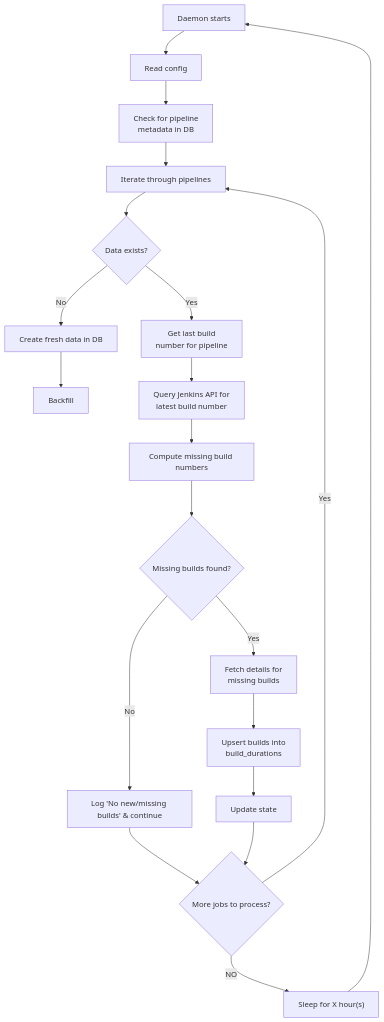
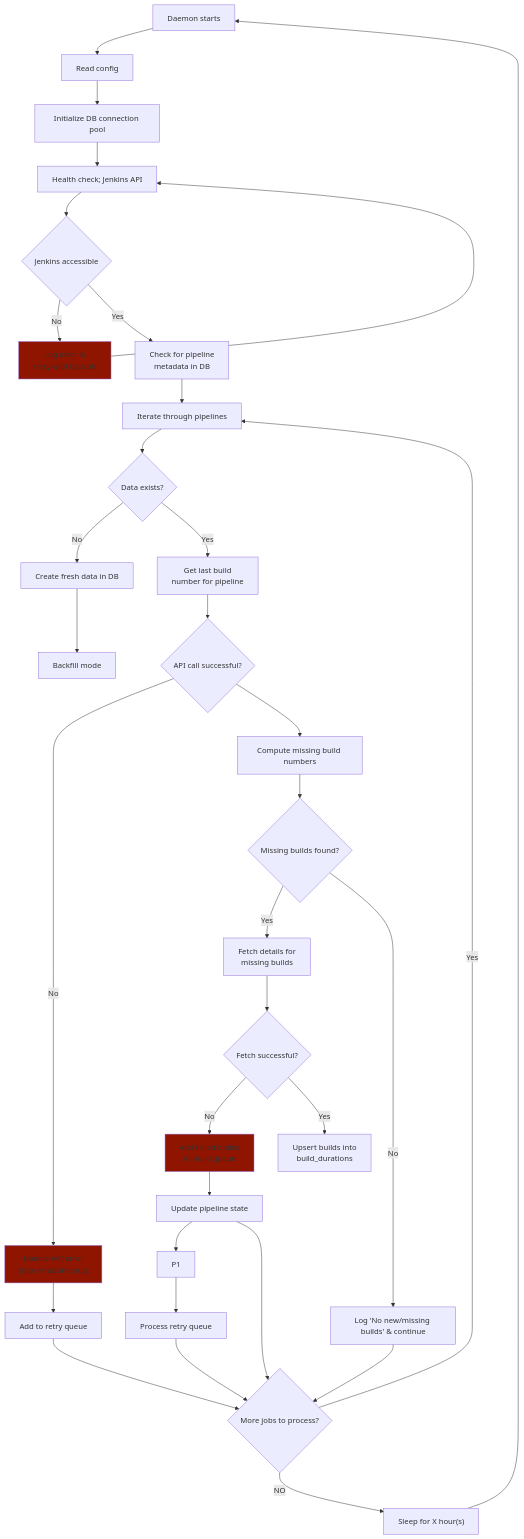
Before and after one commit to neelabalan/playground: the diagram in jenkins_observability/README.md, drawn with Mermaid.

Commit message:
Updated flowchart

````diff
--- a/jenkins_observability/README.md
+++ b/jenkins_observability/README.md
@@ -39,26 +39,44 @@
 ```mermaid
 flowchart TD
     %% ── 1. Daemon start  ─────────────────────
     A[Daemon starts] --> B["Read config"]
-    B --> C["Check for pipeline <br> metadata in DB"]
+    B --> B1["Initialize DB connection pool"]
+    B1 --> B2["Health check; Jenkins API"]
+    B2 --> B3{"Jenkins accessible"}
+    B3 --> |No| B4["Log error & <br> retry with backoff"]
+    B4 --> B2
+    B3 --> |Yes| C["Check for pipeline <br> metadata in DB"]
     C --> D["Iterate through pipelines"]
     D --> E{"Data exists?"}
     E --> |No| F["Create fresh data in DB"]
-    F --> H["Backfill"]
+    F --> H["Backfill mode"]
     E --> |Yes| G["Get last build <br> number for pipeline"]
-    G --> I["Query Jenkins API for <br> latest build number"]
-    I --> K["Compute missing build numbers"]
+    G --> I1{"API call successful?"}
+    I1 --> |No| I2["Handle API error <br> (rate limit/timeout)"]
+    I2 --> I3["Add to retry queue"]
+    I3 --> R
+    I1 --> K["Compute missing build numbers"]
     K --> L{"Missing builds found?"}
     L -->|Yes| M["Fetch details for <br> missing builds"]
     L -->|No| N["Log 'No new/missing builds' & continue"]
     
-    M --> O["Upsert builds into <br> build_durations"]
-    O --> P["Update state"]
-    N --> R{"More jobs to process?"}
+    M --> M1{"Fetch successful?"}
+    M1 --> |No| M2["Add failed builds <br> to build queue"]
+    M1 --> |Yes| O["Upsert builds into <br> build_durations"]
+    M2 --> P["Update pipeline state"]
+    P --> P1
+    P1 --> P2["Process retry queue"]
+    P2 --> R{"More jobs to process?"}
+    N --> R
     
     P --> R
     R --> |Yes| D
     R --> |NO| Q["Sleep for X hour(s)"]
     
     Q --> A
+
+    %% Error handling branch
+    style B4 fill:#8f1500
+    style I2 fill:#8f1500
+    style M2 fill:#8f1500
 ```
````
